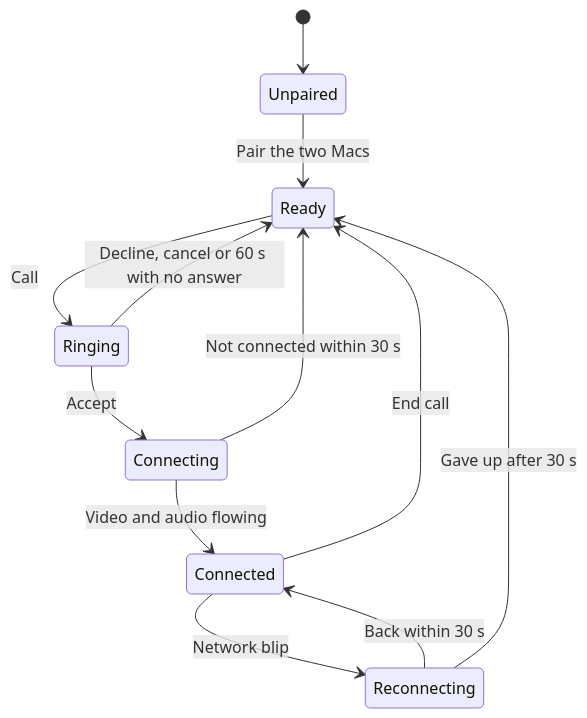
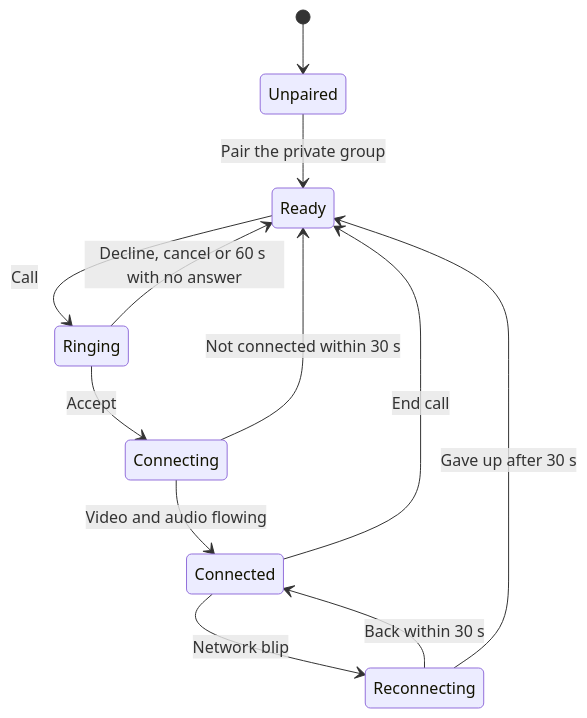
Before and after one commit to CemSarp/ZoomTime: the fourth of 7 diagrams in README.md, drawn with Mermaid. The commit also changed other lines of this file and 68 other files, not shown here.

````diff
--- a/README.md
+++ b/README.md
@@ -201,14 +205,14 @@
 ```mermaid
 stateDiagram-v2
     [*] --> Unpaired
-    Unpaired --> Ready: Pair the two Macs
+    Unpaired --> Ready: Pair the private group
     Ready --> Ringing: Call
     Ringing --> Connecting: Accept
     Ringing --> Ready: Decline, cancel or 60 s with no answer
     Connecting --> Connected: Video and audio flowing
     Connecting --> Ready: Not connected within 30 s
     Connected --> Reconnecting: Network blip
     Reconnecting --> Connected: Back within 30 s
     Reconnecting --> Ready: Gave up after 30 s
     Connected --> Ready: End call
 ```
````
